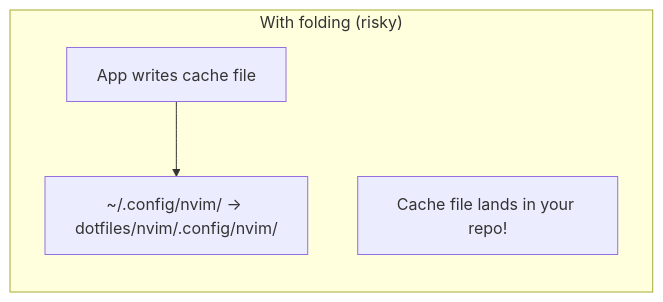
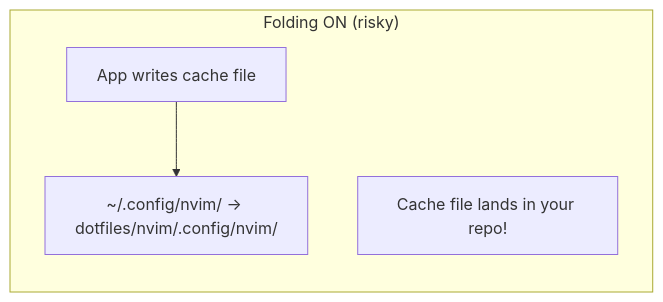
The first of 6 diagrams in docs/stow.md (mmmarceleza/dotfiles), drawn with Mermaid before and after one commit. The commit also changed other lines of this file, not shown here.

Commit message:
docs(stow): shorten mermaid subgraph titles for folding diagrams
Prevent title text from wrapping to two lines on GitHub rendering.

````diff
--- a/docs/stow.md
+++ b/docs/stow.md
@@ -87,8 +87,8 @@
 ```mermaid
 graph LR
-    subgraph "With folding (risky)"
+    subgraph "Folding ON (risky)"
         A["~/.config/nvim/ → dotfiles/nvim/.config/nvim/"]
         B["App writes cache file"] --> A
         C["Cache file lands in your repo!"]
     end
 ```
````
